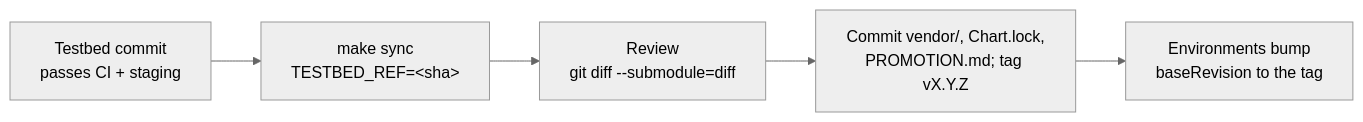
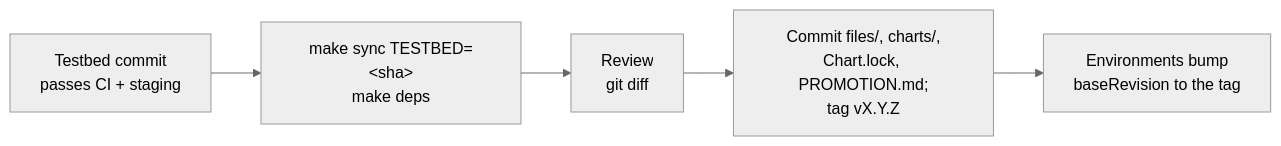
One commit to RI-SCALE/dep-dlm-deployment changed the third of 3 diagrams in README.md. Above: the diagram before and after it, drawn with Mermaid (neutral theme). The commit also changed other lines of this file and 59 other files, not shown here.

First line of the commit message:
refactor!: replace vendor/ submodules with in-repo files and pinned charts

````diff
--- a/README.md
+++ b/README.md
@@ -129,7 +127,7 @@
 ```mermaid
 flowchart LR
-  a["Testbed commit<br/>passes CI + staging"] --> b["make sync<br/>TESTBED_REF=&lt;sha&gt;"]
-  b --> c["Review<br/>git diff --submodule=diff"]
-  c --> d["Commit vendor/, Chart.lock,<br/>PROMOTION.md; tag vX.Y.Z"]
+  a["Testbed commit<br/>passes CI + staging"] --> b["make sync TESTBED=&lt;sha&gt;<br/>make deps"]
+  b --> c["Review<br/>git diff"]
+  c --> d["Commit files/, charts/,<br/>Chart.lock, PROMOTION.md;<br/>tag vX.Y.Z"]
   d --> e["Environments bump<br/>baseRevision to the tag"]
 ```
````
